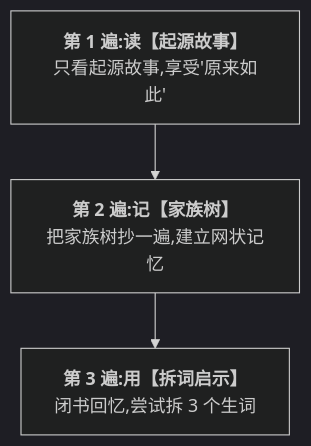
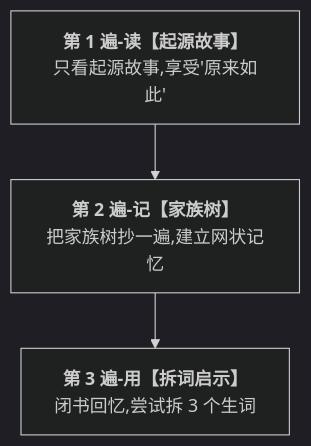
Before and after one commit to swiftczz/roots-affixes-book: the second of 2 diagrams in 00-前言/前言.md, drawn with Mermaid (dark theme). The commit also changed other lines of this file and 37 other files, not shown here.

````diff
--- a/00-前言/前言.md
+++ b/00-前言/前言.md
@@ -166,7 +166,7 @@
 ```mermaid
 flowchart TD
-    R1["<b>第 1 遍:读【起源故事】</b><br/>只看起源故事,享受'原来如此'"]
-    R2["<b>第 2 遍:记【家族树】</b><br/>把家族树抄一遍,建立网状记忆"]
-    R3["<b>第 3 遍:用【拆词启示】</b><br/>闭书回忆,尝试拆 3 个生词"]
+    R1["<b>第 1 遍-读【起源故事】</b><br/>只看起源故事,享受'原来如此'"]
+    R2["<b>第 2 遍-记【家族树】</b><br/>把家族树抄一遍,建立网状记忆"]
+    R3["<b>第 3 遍-用【拆词启示】</b><br/>闭书回忆,尝试拆 3 个生词"]
     R1 --> R2 --> R3
 ```
````
